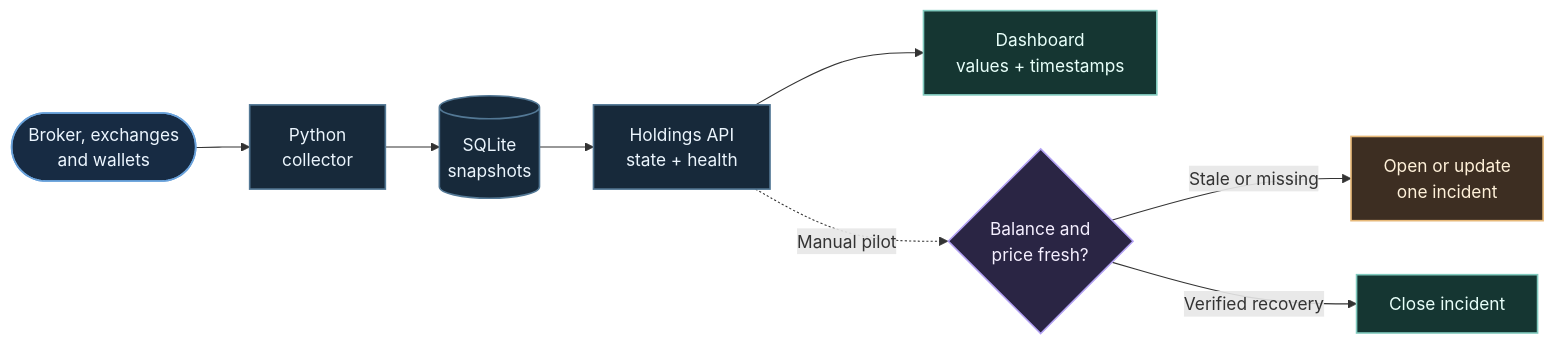
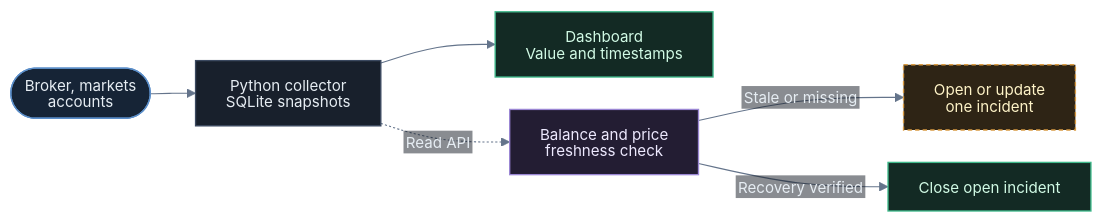
One commit to kazuall/finance-process-portfolio changed the diagram in diagrams/holdings.mmd. Above: the diagram before and after it, drawn with Mermaid. The commit also changed 12 other files, not shown here.

```diff
--- a/diagrams/holdings.mmd
+++ b/diagrams/holdings.mmd
@@ -1,13 +1,36 @@
+---
+config:
+  theme: base
+  htmlLabels: false
+  themeVariables:
+    darkMode: true
+    background: transparent
+    fontFamily: 'Inter, -apple-system, BlinkMacSystemFont, Segoe UI, sans-serif'
+    fontSize: '14px'
+    primaryTextColor: '#e6edf3'
+    lineColor: '#64748b'
+    textColor: '#e6edf3'
+    edgeLabelBackground: '#141a24'
+    clusterBkg: '#141a24'
+    clusterBorder: '#303d52'
+  flowchart:
+    htmlLabels: false
+    useMaxWidth: false
+    nodeSpacing: 30
+    rankSpacing: 42
+    padding: 14
+    diagramPadding: 10
+    curve: basis
+  themeCSS: 'text{font-family: Inter, "Segoe UI", Arial, sans-serif;}.node rect.label-container{rx:8px;ry:8px}.cluster rect{rx:8px;ry:8px}.edgeLabel .labelBkg{fill:#141a24 !important}.edgeLabel text{fill:#c5d2e4 !important}.cluster-label text{fill:#c5d2e4 !important;font-weight:600}'
+---
 flowchart LR
-  feeds(["Broker, exchanges<br/>and wallets"]):::feed --> collect["Python<br/>collector"]:::data
-  collect --> store[("SQLite<br/>snapshots")]:::data
-  store --> api["Holdings API<br/>state + health"]:::data
-  api --> dashboard["Dashboard<br/>values + timestamps"]:::confirmed
-  api -. Manual pilot .-> fresh{"Balance and<br/>price fresh?"}:::check
-  fresh -->|Stale or missing| incident["Open or update<br/>one incident"]:::review
-  fresh -->|Verified recovery| close["Close incident"]:::confirmed
-  classDef feed fill:#172b43,stroke:#6aa2db,stroke-width:1.5px,color:#ecf6ff
-  classDef data fill:#17293a,stroke:#537895,stroke-width:1.5px,color:#ebf5fd
-  classDef check fill:#2a2544,stroke:#b2a0f3,stroke-width:1.5px,color:#f5efff
-  classDef review fill:#3d2e22,stroke:#e7b979,stroke-width:1.5px,color:#fff1d9
-  classDef confirmed fill:#153632,stroke:#80cabe,stroke-width:1.5px,color:#e8fffa
+  feeds(["Broker, markets<br/>accounts"]):::source --> collect["Python collector<br/>SQLite snapshots"]:::process
+  collect --> dash["Dashboard<br/>Value and timestamps"]:::output
+  collect -. Read API .-> fresh["Balance and price<br/>freshness check"]:::check
+  fresh -->|Stale or missing| inspect["Open or update<br/>one incident"]:::human
+  fresh -->|Recovery verified| close["Close open incident"]:::output
+  classDef source fill:#162436,stroke:#5b8ec9,color:#e6edf3,stroke-width:1.25px
+  classDef process fill:#18202c,stroke:#3b4960,color:#e6edf3,stroke-width:1.25px
+  classDef check fill:#231d33,stroke:#9b87d4,color:#ede9fe,stroke-width:1.25px
+  classDef human fill:#2e2415,stroke:#d99b43,color:#fef3c7,stroke-width:1.25px,stroke-dasharray:4 3
+  classDef output fill:#132a24,stroke:#3fb98b,color:#d1fae5,stroke-width:1.25px
```
